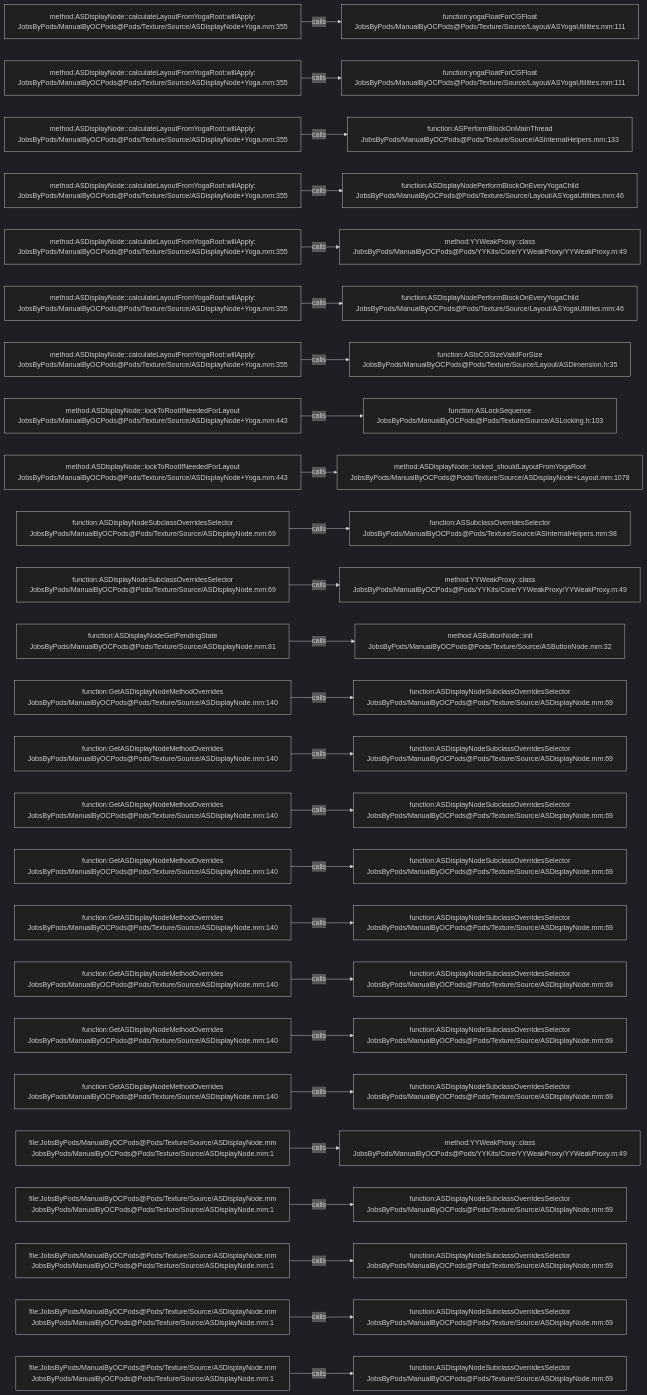
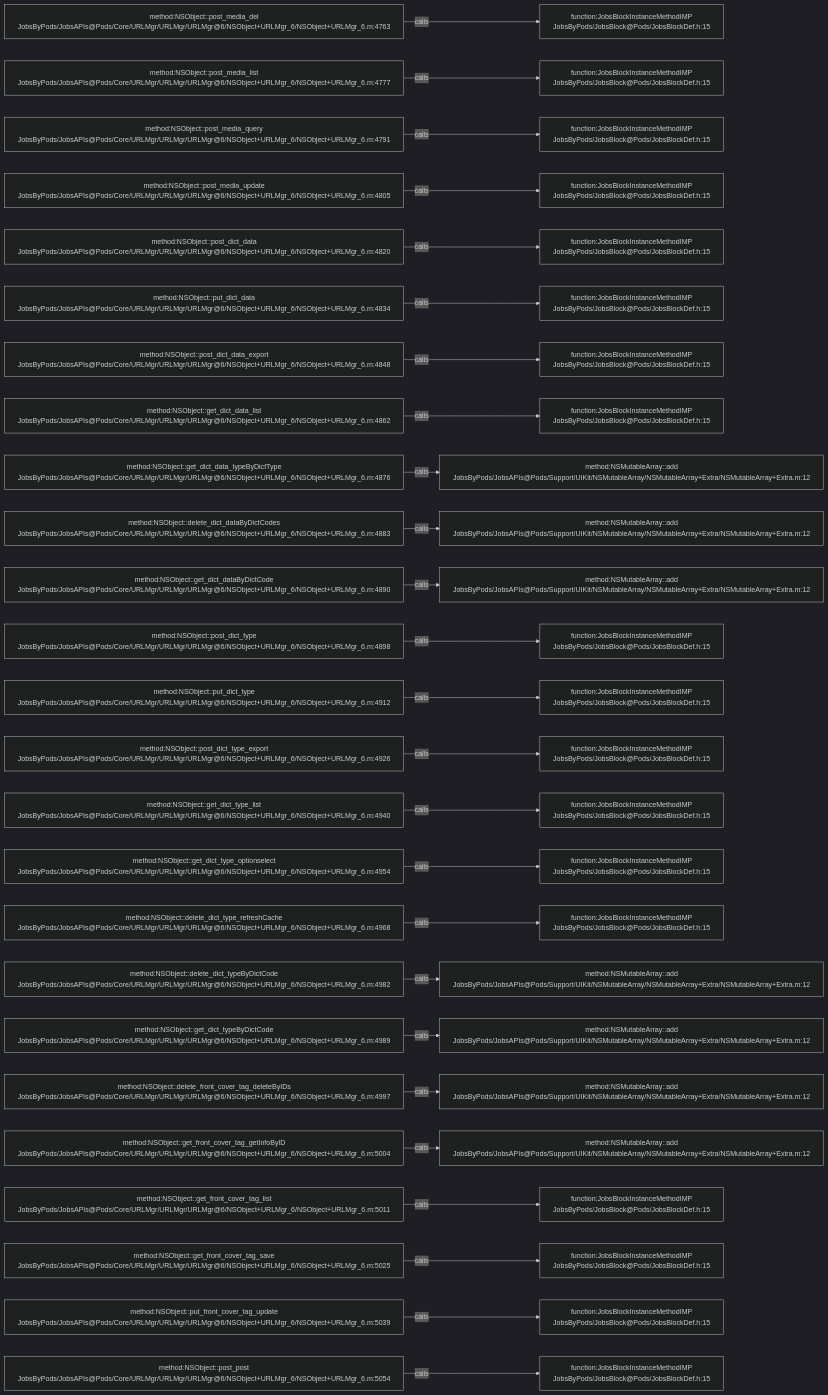
The diagram in .codegraph/codegraph.md/graphs/calls-081.md (JobsKits/JobsOCBaseConfigDemo), drawn with Mermaid (dark theme) before and after one commit. The commit also changed 768 other files, not shown here.

````diff
--- a/.codegraph/codegraph.md/graphs/calls-081.md
+++ b/.codegraph/codegraph.md/graphs/calls-081.md
@@ -13,78 +13,78 @@
 ```mermaid
 flowchart LR
-  S1["method:ASDisplayNode::calculateLayoutFromYogaRoot:willApply:<br/>JobsByPods/ManualByOCPods@Pods/Texture/Source/ASDisplayNode+Yoga.mm:355"]
-  T1["function:yogaFloatForCGFloat<br/>JobsByPods/ManualByOCPods@Pods/Texture/Source/Layout/ASYogaUtilities.mm:111"]
+  S1["method:NSObject::post_media_del<br/>JobsByPods/JobsAPIs@Pods/Core/URLMgr/URLMgr/URLMgr@6/NSObject+URLMgr_6/NSObject+URLMgr_6.m:4763"]
+  T1["function:JobsBlockInstanceMethodIMP<br/>JobsByPods/JobsBlock@Pods/JobsBlockDef.h:15"]
   S1 -->|calls| T1
-  S2["method:ASDisplayNode::calculateLayoutFromYogaRoot:willApply:<br/>JobsByPods/ManualByOCPods@Pods/Texture/Source/ASDisplayNode+Yoga.mm:355"]
-  T2["function:yogaFloatForCGFloat<br/>JobsByPods/ManualByOCPods@Pods/Texture/Source/Layout/ASYogaUtilities.mm:111"]
+  S2["method:NSObject::post_media_list<br/>JobsByPods/JobsAPIs@Pods/Core/URLMgr/URLMgr/URLMgr@6/NSObject+URLMgr_6/NSObject+URLMgr_6.m:4777"]
+  T2["function:JobsBlockInstanceMethodIMP<br/>JobsByPods/JobsBlock@Pods/JobsBlockDef.h:15"]
   S2 -->|calls| T2
-  S3["method:ASDisplayNode::calculateLayoutFromYogaRoot:willApply:<br/>JobsByPods/ManualByOCPods@Pods/Texture/Source/ASDisplayNode+Yoga.mm:355"]
-  T3["function:ASPerformBlockOnMainThread<br/>JobsByPods/ManualByOCPods@Pods/Texture/Source/ASInternalHelpers.mm:133"]
+  S3["method:NSObject::post_media_query<br/>JobsByPods/JobsAPIs@Pods/Core/URLMgr/URLMgr/URLMgr@6/NSObject+URLMgr_6/NSObject+URLMgr_6.m:4791"]
+  T3["function:JobsBlockInstanceMethodIMP<br/>JobsByPods/JobsBlock@Pods/JobsBlockDef.h:15"]
   S3 -->|calls| T3
-  S4["method:ASDisplayNode::calculateLayoutFromYogaRoot:willApply:<br/>JobsByPods/ManualByOCPods@Pods/Texture/Source/ASDisplayNode+Yoga.mm:355"]
-  T4["function:ASDisplayNodePerformBlockOnEveryYogaChild<br/>JobsByPods/ManualByOCPods@Pods/Texture/Source/Layout/ASYogaUtilities.mm:46"]
+  S4["method:NSObject::post_media_update<br/>JobsByPods/JobsAPIs@Pods/Core/URLMgr/URLMgr/URLMgr@6/NSObject+URLMgr_6/NSObject+URLMgr_6.m:4805"]
+  T4["function:JobsBlockInstanceMethodIMP<br/>JobsByPods/JobsBlock@Pods/JobsBlockDef.h:15"]
   S4 -->|calls| T4
-  S5["method:ASDisplayNode::calculateLayoutFromYogaRoot:willApply:<br/>JobsByPods/ManualByOCPods@Pods/Texture/Source/ASDisplayNode+Yoga.mm:355"]
-  T5["method:YYWeakProxy::class<br/>JobsByPods/ManualByOCPods@Pods/YYKits/Core/YYWeakProxy/YYWeakProxy.m:49"]
+  S5["method:NSObject::post_dict_data<br/>JobsByPods/JobsAPIs@Pods/Core/URLMgr/URLMgr/URLMgr@6/NSObject+URLMgr_6/NSObject+URLMgr_6.m:4820"]
+  T5["function:JobsBlockInstanceMethodIMP<br/>JobsByPods/JobsBlock@Pods/JobsBlockDef.h:15"]
   S5 -->|calls| T5
-  S6["method:ASDisplayNode::calculateLayoutFromYogaRoot:willApply:<br/>JobsByPods/ManualByOCPods@Pods/Texture/Source/ASDisplayNode+Yoga.mm:355"]
-  T6["function:ASDisplayNodePerformBlockOnEveryYogaChild<br/>JobsByPods/ManualByOCPods@Pods/Texture/Source/Layout/ASYogaUtilities.mm:46"]
+  S6["method:NSObject::put_dict_data<br/>JobsByPods/JobsAPIs@Pods/Core/URLMgr/URLMgr/URLMgr@6/NSObject+URLMgr_6/NSObject+URLMgr_6.m:4834"]
+  T6["function:JobsBlockInstanceMethodIMP<br/>JobsByPods/JobsBlock@Pods/JobsBlockDef.h:15"]
   S6 -->|calls| T6
-  S7["method:ASDisplayNode::calculateLayoutFromYogaRoot:willApply:<br/>JobsByPods/ManualByOCPods@Pods/Texture/Source/ASDisplayNode+Yoga.mm:355"]
-  T7["function:ASIsCGSizeValidForSize<br/>JobsByPods/ManualByOCPods@Pods/Texture/Source/Layout/ASDimension.h:35"]
+  S7["method:NSObject::post_dict_data_export<br/>JobsByPods/JobsAPIs@Pods/Core/URLMgr/URLMgr/URLMgr@6/NSObject+URLMgr_6/NSObject+URLMgr_6.m:4848"]
+  T7["function:JobsBlockInstanceMethodIMP<br/>JobsByPods/JobsBlock@Pods/JobsBlockDef.h:15"]
   S7 -->|calls| T7
-  S8["method:ASDisplayNode::lockToRootIfNeededForLayout<br/>JobsByPods/ManualByOCPods@Pods/Texture/Source/ASDisplayNode+Yoga.mm:443"]
-  T8["function:ASLockSequence<br/>JobsByPods/ManualByOCPods@Pods/Texture/Source/ASLocking.h:103"]
+  S8["method:NSObject::get_dict_data_list<br/>JobsByPods/JobsAPIs@Pods/Core/URLMgr/URLMgr/URLMgr@6/NSObject+URLMgr_6/NSObject+URLMgr_6.m:4862"]
+  T8["function:JobsBlockInstanceMethodIMP<br/>JobsByPods/JobsBlock@Pods/JobsBlockDef.h:15"]
   S8 -->|calls| T8
-  S9["method:ASDisplayNode::lockToRootIfNeededForLayout<br/>JobsByPods/ManualByOCPods@Pods/Texture/Source/ASDisplayNode+Yoga.mm:443"]
-  T9["method:ASDisplayNode::locked_shouldLayoutFromYogaRoot<br/>JobsByPods/ManualByOCPods@Pods/Texture/Source/ASDisplayNode+Layout.mm:1078"]
+  S9["method:NSObject::get_dict_data_typeByDictType<br/>JobsByPods/JobsAPIs@Pods/Core/URLMgr/URLMgr/URLMgr@6/NSObject+URLMgr_6/NSObject+URLMgr_6.m:4876"]
+  T9["method:NSMutableArray::add<br/>JobsByPods/JobsAPIs@Pods/Support/UIKit/NSMutableArray/NSMutableArray+Extra/NSMutableArray+Extra.m:12"]
   S9 -->|calls| T9
-  S10["function:ASDisplayNodeSubclassOverridesSelector<br/>JobsByPods/ManualByOCPods@Pods/Texture/Source/ASDisplayNode.mm:69"]
-  T10["function:ASSubclassOverridesSelector<br/>JobsByPods/ManualByOCPods@Pods/Texture/Source/ASInternalHelpers.mm:98"]
+  S10["method:NSObject::delete_dict_dataByDictCodes<br/>JobsByPods/JobsAPIs@Pods/Core/URLMgr/URLMgr/URLMgr@6/NSObject+URLMgr_6/NSObject+URLMgr_6.m:4883"]
+  T10["method:NSMutableArray::add<br/>JobsByPods/JobsAPIs@Pods/Support/UIKit/NSMutableArray/NSMutableArray+Extra/NSMutableArray+Extra.m:12"]
   S10 -->|calls| T10
-  S11["function:ASDisplayNodeSubclassOverridesSelector<br/>JobsByPods/ManualByOCPods@Pods/Texture/Source/ASDisplayNode.mm:69"]
-  T11["method:YYWeakProxy::class<br/>JobsByPods/ManualByOCPods@Pods/YYKits/Core/YYWeakProxy/YYWeakProxy.m:49"]
+  S11["method:NSObject::get_dict_dataByDictCode<br/>JobsByPods/JobsAPIs@Pods/Core/URLMgr/URLMgr/URLMgr@6/NSObject+URLMgr_6/NSObject+URLMgr_6.m:4890"]
+  T11["method:NSMutableArray::add<br/>JobsByPods/JobsAPIs@Pods/Support/UIKit/NSMutableArray/NSMutableArray+Extra/NSMutableArray+Extra.m:12"]
   S11 -->|calls| T11
-  S12["function:ASDisplayNodeGetPendingState<br/>JobsByPods/ManualByOCPods@Pods/Texture/Source/ASDisplayNode.mm:81"]
-  T12["method:ASButtonNode::init<br/>JobsByPods/ManualByOCPods@Pods/Texture/Source/ASButtonNode.mm:32"]
+  S12["method:NSObject::post_dict_type<br/>JobsByPods/JobsAPIs@Pods/Core/URLMgr/URLMgr/URLMgr@6/NSObject+URLMgr_6/NSObject+URLMgr_6.m:4898"]
+  T12["function:JobsBlockInstanceMethodIMP<br/>JobsByPods/JobsBlock@Pods/JobsBlockDef.h:15"]
   S12 -->|calls| T12
-  S13["function:GetASDisplayNodeMethodOverrides<br/>JobsByPods/ManualByOCPods@Pods/Texture/Source/ASDisplayNode.mm:140"]
-  T13["function:ASDisplayNodeSubclassOverridesSelector<br/>JobsByPods/ManualByOCPods@Pods/Texture/Source/ASDisplayNode.mm:69"]
+  S13["method:NSObject::put_dict_type<br/>JobsByPods/JobsAPIs@Pods/Core/URLMgr/URLMgr/URLMgr@6/NSObject+URLMgr_6/NSObject+URLMgr_6.m:4912"]
+  T13["function:JobsBlockInstanceMethodIMP<br/>JobsByPods/JobsBlock@Pods/JobsBlockDef.h:15"]
   S13 -->|calls| T13
-  S14["function:GetASDisplayNodeMethodOverrides<br/>JobsByPods/ManualByOCPods@Pods/Texture/Source/ASDisplayNode.mm:140"]
-  T14["function:ASDisplayNodeSubclassOverridesSelector<br/>JobsByPods/ManualByOCPods@Pods/Texture/Source/ASDisplayNode.mm:69"]
+  S14["method:NSObject::post_dict_type_export<br/>JobsByPods/JobsAPIs@Pods/Core/URLMgr/URLMgr/URLMgr@6/NSObject+URLMgr_6/NSObject+URLMgr_6.m:4926"]
+  T14["function:JobsBlockInstanceMethodIMP<br/>JobsByPods/JobsBlock@Pods/JobsBlockDef.h:15"]
   S14 -->|calls| T14
-  S15["function:GetASDisplayNodeMethodOverrides<br/>JobsByPods/ManualByOCPods@Pods/Texture/Source/ASDisplayNode.mm:140"]
-  T15["function:ASDisplayNodeSubclassOverridesSelector<br/>JobsByPods/ManualByOCPods@Pods/Texture/Source/ASDisplayNode.mm:69"]
+  S15["method:NSObject::get_dict_type_list<br/>JobsByPods/JobsAPIs@Pods/Core/URLMgr/URLMgr/URLMgr@6/NSObject+URLMgr_6/NSObject+URLMgr_6.m:4940"]
+  T15["function:JobsBlockInstanceMethodIMP<br/>JobsByPods/JobsBlock@Pods/JobsBlockDef.h:15"]
   S15 -->|calls| T15
-  S16["function:GetASDisplayNodeMethodOverrides<br/>JobsByPods/ManualByOCPods@Pods/Texture/Source/ASDisplayNode.mm:140"]
-  T16["function:ASDisplayNodeSubclassOverridesSelector<br/>JobsByPods/ManualByOCPods@Pods/Texture/Source/ASDisplayNode.mm:69"]
+  S16["method:NSObject::get_dict_type_optionselect<br/>JobsByPods/JobsAPIs@Pods/Core/URLMgr/URLMgr/URLMgr@6/NSObject+URLMgr_6/NSObject+URLMgr_6.m:4954"]
+  T16["function:JobsBlockInstanceMethodIMP<br/>JobsByPods/JobsBlock@Pods/JobsBlockDef.h:15"]
   S16 -->|calls| T16
-  S17["function:GetASDisplayNodeMethodOverrides<br/>JobsByPods/ManualByOCPods@Pods/Texture/Source/ASDisplayNode.mm:140"]
-  T17["function:ASDisplayNodeSubclassOverridesSelector<br/>JobsByPods/ManualByOCPods@Pods/Texture/Source/ASDisplayNode.mm:69"]
+  S17["method:NSObject::delete_dict_type_refreshCache<br/>JobsByPods/JobsAPIs@Pods/Core/URLMgr/URLMgr/URLMgr@6/NSObject+URLMgr_6/NSObject+URLMgr_6.m:4968"]
+  T17["function:JobsBlockInstanceMethodIMP<br/>JobsByPods/JobsBlock@Pods/JobsBlockDef.h:15"]
   S17 -->|calls| T17
-  S18["function:GetASDisplayNodeMethodOverrides<br/>JobsByPods/ManualByOCPods@Pods/Texture/Source/ASDisplayNode.mm:140"]
-  T18["function:ASDisplayNodeSubclassOverridesSelector<br/>JobsByPods/ManualByOCPods@Pods/Texture/Source/ASDisplayNode.mm:69"]
+  S18["method:NSObject::delete_dict_typeByDictCode<br/>JobsByPods/JobsAPIs@Pods/Core/URLMgr/URLMgr/URLMgr@6/NSObject+URLMgr_6/NSObject+URLMgr_6.m:4982"]
+  T18["method:NSMutableArray::add<br/>JobsByPods/JobsAPIs@Pods/Support/UIKit/NSMutableArray/NSMutableArray+Extra/NSMutableArray+Extra.m:12"]
   S18 -->|calls| T18
-  S19["function:GetASDisplayNodeMethodOverrides<br/>JobsByPods/ManualByOCPods@Pods/Texture/Source/ASDisplayNode.mm:140"]
-  T19["function:ASDisplayNodeSubclassOverridesSelector<br/>JobsByPods/ManualByOCPods@Pods/Texture/Source/ASDisplayNode.mm:69"]
+  S19["method:NSObject::get_dict_typeByDictCode<br/>JobsByPods/JobsAPIs@Pods/Core/URLMgr/URLMgr/URLMgr@6/NSObject+URLMgr_6/NSObject+URLMgr_6.m:4989"]
+  T19["method:NSMutableArray::add<br/>JobsByPods/JobsAPIs@Pods/Support/UIKit/NSMutableArray/NSMutableArray+Extra/NSMutableArray+Extra.m:12"]
   S19 -->|calls| T19
-  S20["function:GetASDisplayNodeMethodOverrides<br/>JobsByPods/ManualByOCPods@Pods/Texture/Source/ASDisplayNode.mm:140"]
-  T20["function:ASDisplayNodeSubclassOverridesSelector<br/>JobsByPods/ManualByOCPods@Pods/Texture/Source/ASDisplayNode.mm:69"]
+  S20["method:NSObject::delete_front_cover_tag_deleteByIDs<br/>JobsByPods/JobsAPIs@Pods/Core/URLMgr/URLMgr/URLMgr@6/NSObject+URLMgr_6/NSObject+URLMgr_6.m:4997"]
+  T20["method:NSMutableArray::add<br/>JobsByPods/JobsAPIs@Pods/Support/UIKit/NSMutableArray/NSMutableArray+Extra/NSMutableArray+Extra.m:12"]
   S20 -->|calls| T20
-  S21["file:JobsByPods/ManualByOCPods@Pods/Texture/Source/ASDisplayNode.mm<br/>JobsByPods/ManualByOCPods@Pods/Texture/Source/ASDisplayNode.mm:1"]
-  T21["method:YYWeakProxy::class<br/>JobsByPods/ManualByOCPods@Pods/YYKits/Core/YYWeakProxy/YYWeakProxy.m:49"]
+  S21["method:NSObject::get_front_cover_tag_getInfoByID<br/>JobsByPods/JobsAPIs@Pods/Core/URLMgr/URLMgr/URLMgr@6/NSObject+URLMgr_6/NSObject+URLMgr_6.m:5004"]
+  T21["method:NSMutableArray::add<br/>JobsByPods/JobsAPIs@Pods/Support/UIKit/NSMutableArray/NSMutableArray+Extra/NSMutableArray+Extra.m:12"]
   S21 -->|calls| T21
-  S22["file:JobsByPods/ManualByOCPods@Pods/Texture/Source/ASDisplayNode.mm<br/>JobsByPods/ManualByOCPods@Pods/Texture/Source/ASDisplayNode.mm:1"]
-  T22["function:ASDisplayNodeSubclassOverridesSelector<br/>JobsByPods/ManualByOCPods@Pods/Texture/Source/ASDisplayNode.mm:69"]
+  S22["method:NSObject::get_front_cover_tag_list<br/>JobsByPods/JobsAPIs@Pods/Core/URLMgr/URLMgr/URLMgr@6/NSObject+URLMgr_6/NSObject+URLMgr_6.m:5011"]
+  T22["function:JobsBlockInstanceMethodIMP<br/>JobsByPods/JobsBlock@Pods/JobsBlockDef.h:15"]
   S22 -->|calls| T22
-  S23["file:JobsByPods/ManualByOCPods@Pods/Texture/Source/ASDisplayNode.mm<br/>JobsByPods/ManualByOCPods@Pods/Texture/Source/ASDisplayNode.mm:1"]
-  T23["function:ASDisplayNodeSubclassOverridesSelector<br/>JobsByPods/ManualByOCPods@Pods/Texture/Source/ASDisplayNode.mm:69"]
+  S23["method:NSObject::get_front_cover_tag_save<br/>JobsByPods/JobsAPIs@Pods/Core/URLMgr/URLMgr/URLMgr@6/NSObject+URLMgr_6/NSObject+URLMgr_6.m:5025"]
+  T23["function:JobsBlockInstanceMethodIMP<br/>JobsByPods/JobsBlock@Pods/JobsBlockDef.h:15"]
   S23 -->|calls| T23
-  S24["file:JobsByPods/ManualByOCPods@Pods/Texture/Source/ASDisplayNode.mm<br/>JobsByPods/ManualByOCPods@Pods/Texture/Source/ASDisplayNode.mm:1"]
-  T24["function:ASDisplayNodeSubclassOverridesSelector<br/>JobsByPods/ManualByOCPods@Pods/Texture/Source/ASDisplayNode.mm:69"]
+  S24["method:NSObject::put_front_cover_tag_update<br/>JobsByPods/JobsAPIs@Pods/Core/URLMgr/URLMgr/URLMgr@6/NSObject+URLMgr_6/NSObject+URLMgr_6.m:5039"]
+  T24["function:JobsBlockInstanceMethodIMP<br/>JobsByPods/JobsBlock@Pods/JobsBlockDef.h:15"]
   S24 -->|calls| T24
-  S25["file:JobsByPods/ManualByOCPods@Pods/Texture/Source/ASDisplayNode.mm<br/>JobsByPods/ManualByOCPods@Pods/Texture/Source/ASDisplayNode.mm:1"]
-  T25["function:ASDisplayNodeSubclassOverridesSelector<br/>JobsByPods/ManualByOCPods@Pods/Texture/Source/ASDisplayNode.mm:69"]
+  S25["method:NSObject::post_post<br/>JobsByPods/JobsAPIs@Pods/Core/URLMgr/URLMgr/URLMgr@6/NSObject+URLMgr_6/NSObject+URLMgr_6.m:5054"]
+  T25["function:JobsBlockInstanceMethodIMP<br/>JobsByPods/JobsBlock@Pods/JobsBlockDef.h:15"]
   S25 -->|calls| T25
 ```
````
